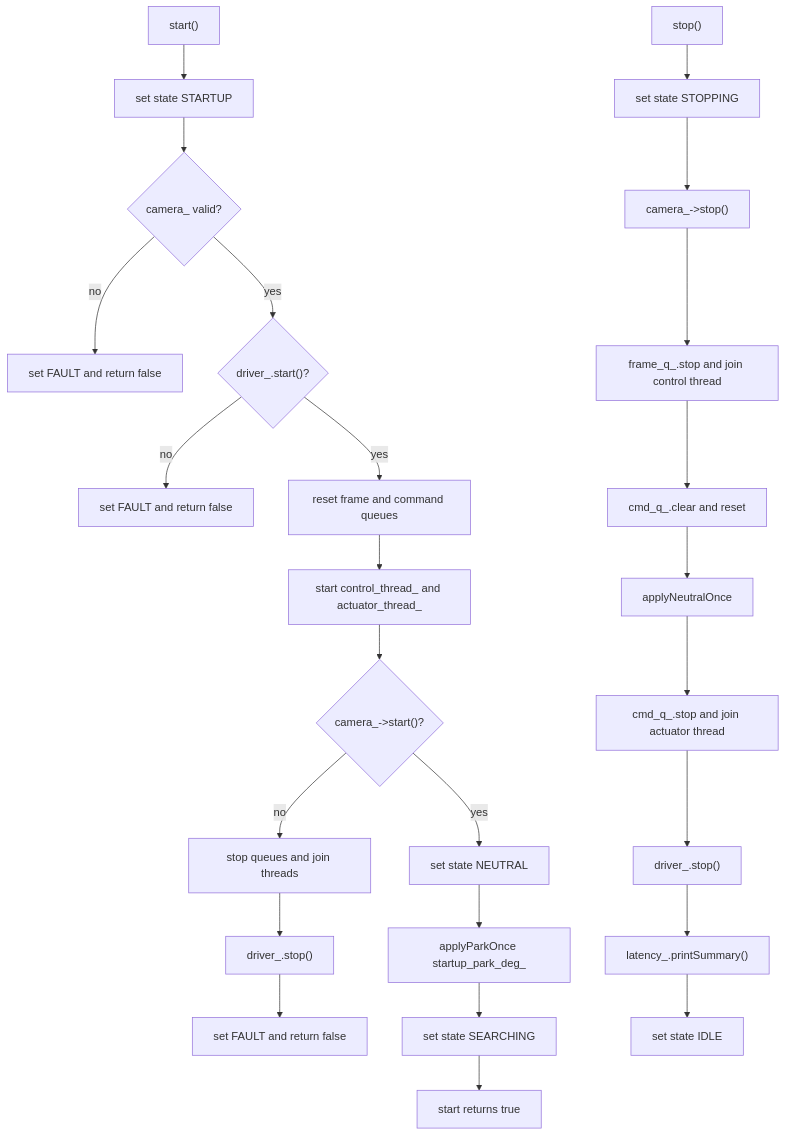
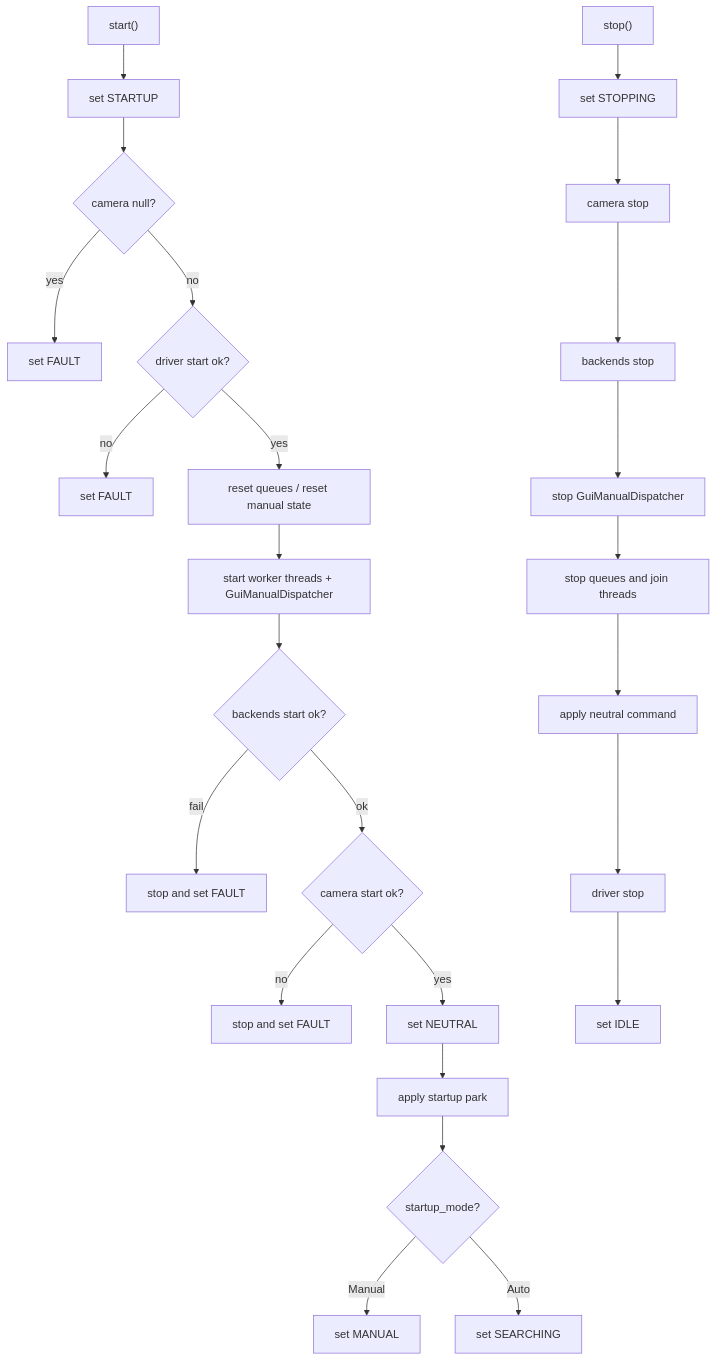
One commit to Real-Time-Stewart-Solar-Tracker/Solar-Stewart-Tracker changed the second of 3 diagrams in docs/state_machine.md. Above: the diagram before and after it, drawn with Mermaid. The commit also changed other lines of this file and 16 other files, not shown here.

Commit message:
docs: update all docs, diagrams, and architecture descriptions to match refactored design

````diff
--- a/docs/state_machine.md
+++ b/docs/state_machine.md
@@ -195,29 +183,34 @@
 ```mermaid
 flowchart TD
-    A["start()"] --> B["set state STARTUP"]
-    B --> C{"camera_ valid?"}
-    C -- "no" --> F1["set FAULT and return false"]
-    C -- "yes" --> D{"driver_.start()?"}
-    D -- "no" --> F2["set FAULT and return false"]
-    D -- "yes" --> E["reset frame and command queues"]
-    E --> G["start control_thread_ and actuator_thread_"]
-    G --> H{"camera_->start()?"}
-    H -- "no" --> F3["stop queues and join threads"]
-    F3 --> F4["driver_.stop()"]
-    F4 --> F5["set FAULT and return false"]
+    A["start()"] --> B["set STARTUP"]
+    B --> C{"camera null?"}
+    C -- yes --> F1["set FAULT"]
 
-    H -- "yes" --> I["set state NEUTRAL"]
-    I --> J["applyParkOnce startup_park_deg_"]
-    J --> K["set state SEARCHING"]
-    K --> L["start returns true"]
+    C -- no --> D{"driver start ok?"}
+    D -- no --> F2["set FAULT"]
 
-    M["stop()"] --> N["set state STOPPING"]
-    N --> O["camera_->stop()"]
-    O --> P["frame_q_.stop and join control thread"]
-    P --> Q["cmd_q_.clear and reset"]
-    Q --> R["applyNeutralOnce"]
-    R --> S["cmd_q_.stop and join actuator thread"]
-    S --> T["driver_.stop()"]
-    T --> U["latency_.printSummary()"]
-    U --> V["set state IDLE"]
+    D -- yes --> E["reset queues / reset manual state"]
+    E --> G["start worker threads + GuiManualDispatcher"]
+
+    G --> H{"backends start ok?"}
+    H -- fail --> F3["stop and set FAULT"]
+
+    H -- ok --> I{"camera start ok?"}
+    I -- no --> F4["stop and set FAULT"]
+
+    I -- yes --> J["set NEUTRAL"]
+    J --> K["apply startup park"]
+
+    K --> L{"startup_mode?"}
+    L -- Manual --> M["set MANUAL"]
+    L -- Auto --> N["set SEARCHING"]
+
+    O["stop()"] --> P["set STOPPING"]
+    P --> Q["camera stop"]
+    Q --> R["backends stop"]
+    R --> R2["stop GuiManualDispatcher"]
+    R2 --> S["stop queues and join threads"]
+    S --> T["apply neutral command"]
+    T --> U["driver stop"]
+    U --> W["set IDLE"]
 ```
````
